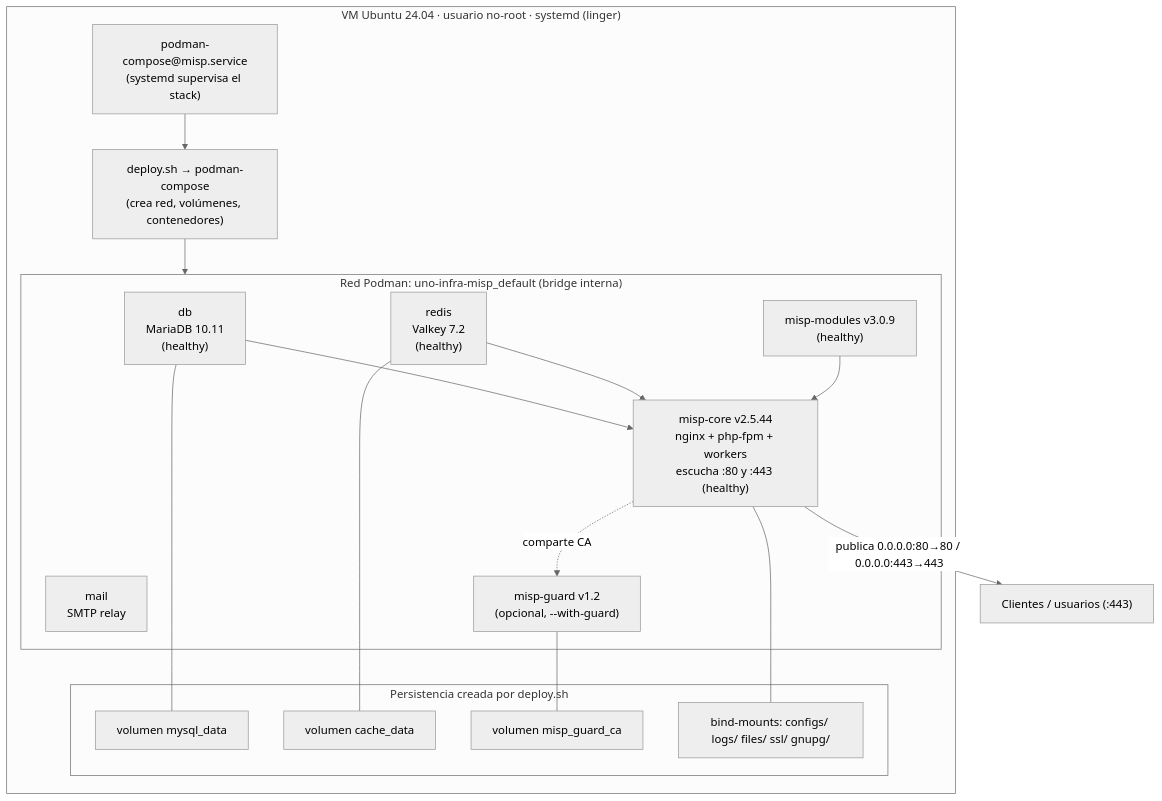
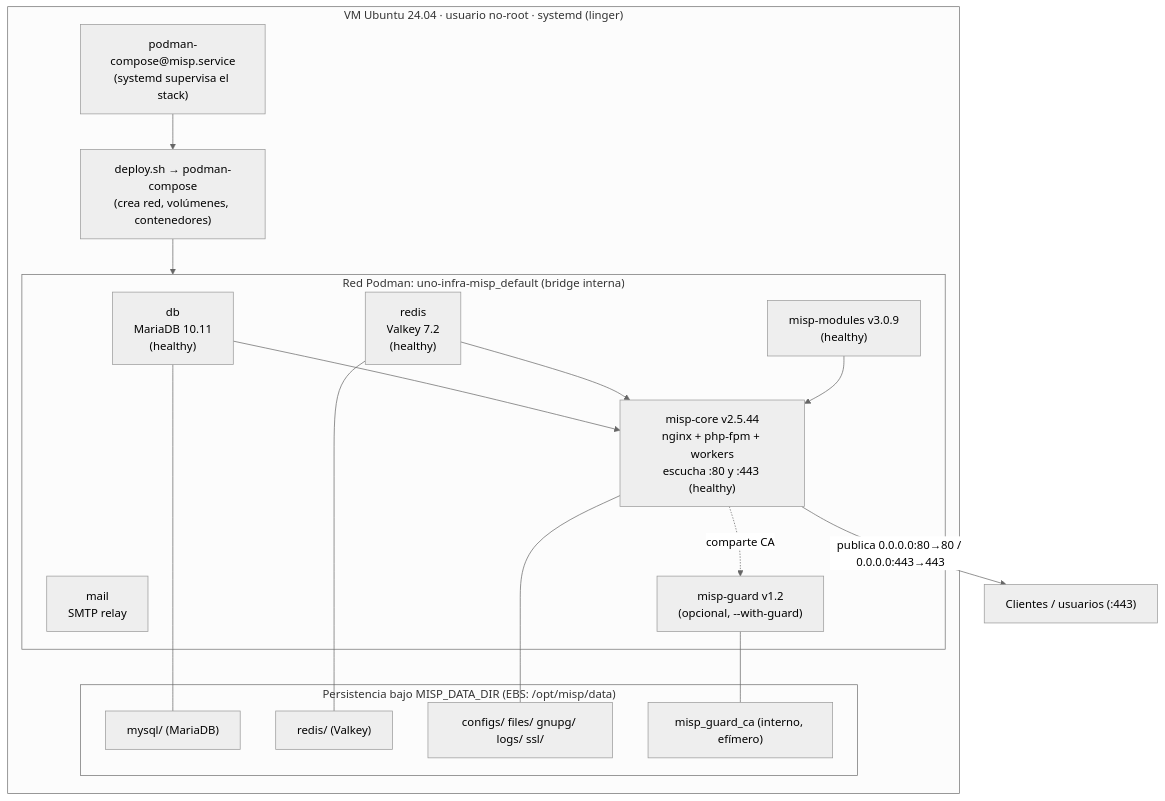
One commit to jllanquihuen/uno-infra-misp changed the first of 2 diagrams in deploy/podman/deploy.md. Above: the diagram before and after it, drawn with Mermaid (neutral theme). The commit also changed other lines of this file and 15 other files, not shown here.

First line of the commit message:
feat(deploy): production hardening - real EBS persistence, Secrets Manager, ALB/ACM, scoped IAM, backups

````diff
--- a/deploy/podman/deploy.md
+++ b/deploy/podman/deploy.md
@@ -26,35 +26,35 @@
 ```mermaid
 flowchart TB
     subgraph VM["VM Ubuntu 24.04 · usuario no-root · systemd (linger)"]
         SVC["podman-compose@misp.service<br/>(systemd supervisa el stack)"]
         DEPLOY["deploy.sh → podman-compose<br/>(crea red, volúmenes, contenedores)"]
 
         subgraph NET["Red Podman: uno-infra-misp_default (bridge interna)"]
             DB["db<br/>MariaDB 10.11<br/>(healthy)"]
             REDIS["redis<br/>Valkey 7.2<br/>(healthy)"]
             MAIL["mail<br/>SMTP relay"]
             MODULES["misp-modules v3.0.9<br/>(healthy)"]
             CORE["misp-core v2.5.44<br/>nginx + php-fpm + workers<br/>escucha :80 y :443 (healthy)"]
             GUARD["misp-guard v1.2<br/>(opcional, --with-guard)"]
         end
 
-        subgraph VOL["Persistencia creada por deploy.sh"]
-            V1["volumen mysql_data"]
-            V2["volumen cache_data"]
-            V3["volumen misp_guard_ca"]
-            BM["bind-mounts: configs/ logs/ files/ ssl/ gnupg/"]
+        subgraph VOL["Persistencia bajo MISP_DATA_DIR (EBS: /opt/misp/data)"]
+            V1["mysql/ (MariaDB)"]
+            V2["redis/ (Valkey)"]
+            BM["configs/ files/ gnupg/ logs/ ssl/"]
+            V3["misp_guard_ca (interno, efímero)"]
         end
     end
 
     SVC --> DEPLOY
     DEPLOY --> NET
     DB --> CORE
     REDIS --> CORE
     MODULES --> CORE
     CORE -.comparte CA.-> GUARD
     DB --- V1
     REDIS --- V2
     GUARD --- V3
     CORE --- BM
     CORE -->|"publica 0.0.0.0:80→80 / 0.0.0.0:443→443"| USERS["Clientes / usuarios (:443)"]
 ```
````
